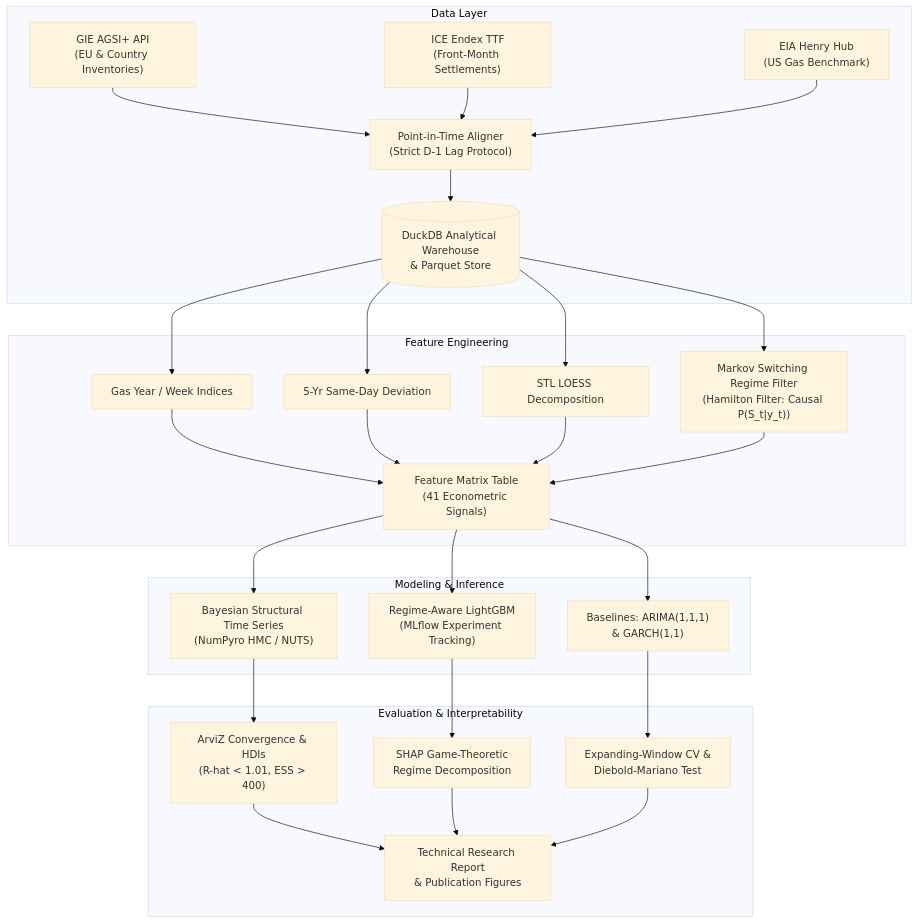
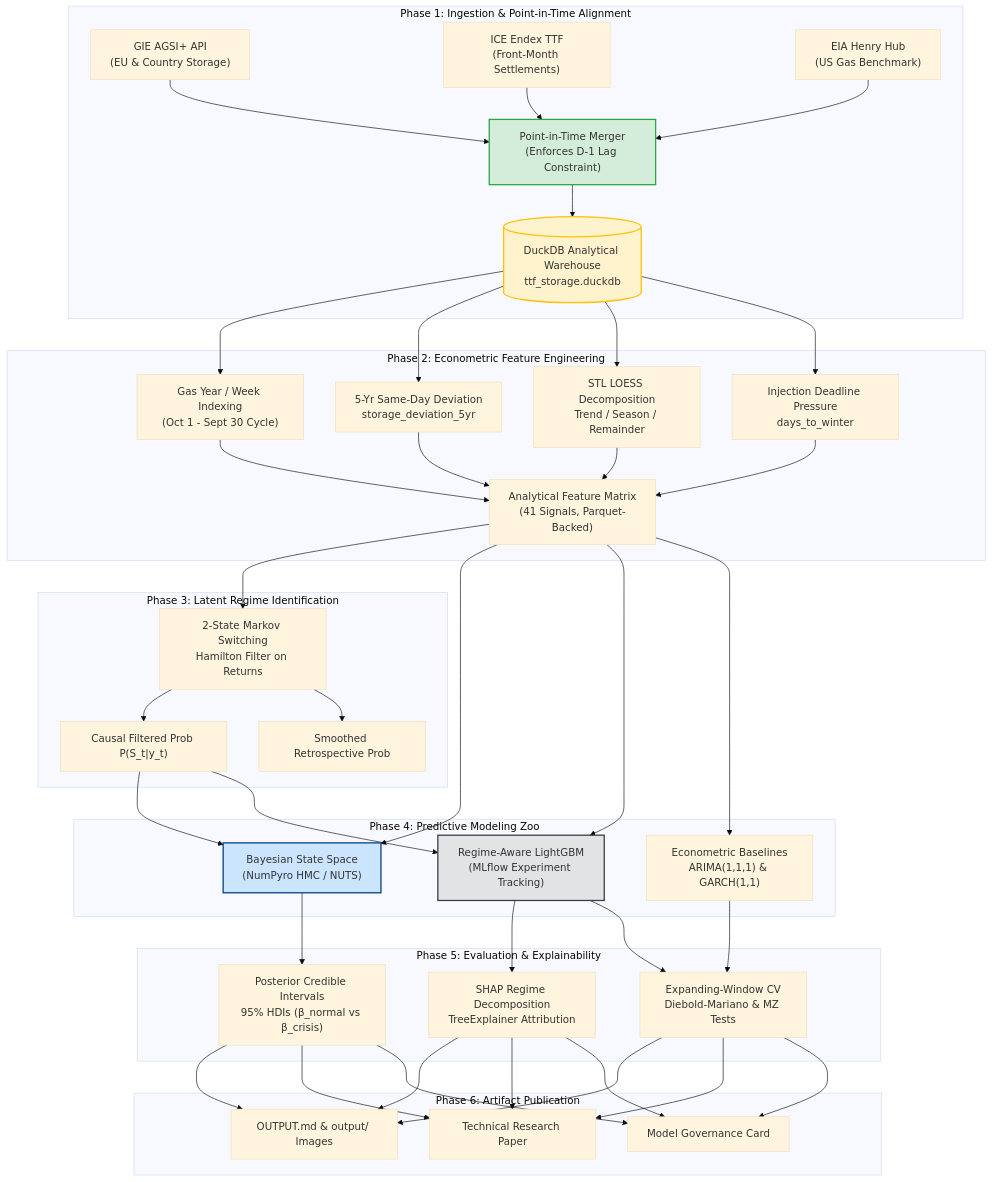
Before and after one commit to DGskywalker/tf-gas-storage-regimes: the diagram in README.md, drawn with Mermaid (base theme). The commit also changed other lines of this file and 11 other files, not shown here.

````diff
--- a/README.md
+++ b/README.md
@@ -25,30 +67,46 @@
 ```mermaid
-flowchart TD
-    subgraph Data Layer
-        A1["GIE AGSI+ API<br/>(EU & Country Inventories)"] --> B["Point-in-Time Aligner<br/>(Strict D-1 Lag Protocol)"]
+graph TD
+    subgraph "Phase 1: Ingestion & Point-in-Time Alignment"
+        A1["GIE AGSI+ API<br/>(EU & Country Storage)"] --> B["Point-in-Time Merger<br/>(Enforces D-1 Lag Constraint)"]
         A2["ICE Endex TTF<br/>(Front-Month Settlements)"] --> B
         A3["EIA Henry Hub<br/>(US Gas Benchmark)"] --> B
-        B --> C[("DuckDB Analytical Warehouse<br/>& Parquet Store")]
+        B --> C[("DuckDB Analytical Warehouse<br/>ttf_storage.duckdb")]
     end
 
-    subgraph Feature Engineering
-        C --> D1["Gas Year / Week Indices"]
-        C --> D2["5-Yr Same-Day Deviation"]
-        C --> D3["STL LOESS Decomposition"]
-        C --> D4["Markov Switching Regime Filter<br/>(Hamilton Filter: Causal P(S_t|y_t))"]
-        D1 & D2 & D3 & D4 --> E["Feature Matrix Table<br/>(41 Econometric Signals)"]
+    subgraph "Phase 2: Econometric Feature Engineering"
+        C --> D1["Gas Year / Week Indexing<br/>(Oct 1 - Sept 30 Cycle)"]
+        C --> D2["5-Yr Same-Day Deviation<br/>storage_deviation_5yr"]
+        C --> D3["STL LOESS Decomposition<br/>Trend / Season / Remainder"]
+        C --> D4["Injection Deadline Pressure<br/>days_to_winter"]
+        D1 & D2 & D3 & D4 --> E["Analytical Feature Matrix<br/>(41 Signals, Parquet-Backed)"]
     end
 
-    subgraph Modeling & Inference
-        E --> F1["Bayesian Structural Time Series<br/>(NumPyro HMC / NUTS)"]
-        E --> F2["Regime-Aware LightGBM<br/>(MLflow Experiment Tracking)"]
-        E --> F3["Baselines: ARIMA(1,1,1)<br/>& GARCH(1,1)"]
+    subgraph "Phase 3: Latent Regime Identification"
+        E --> F["2-State Markov Switching<br/>Hamilton Filter on Returns"]
+        F --> G1["Causal Filtered Prob P(S_t|y_t)"]
+        F --> G2["Smoothed Retrospective Prob"]
     end
 
-    subgraph Evaluation & Interpretability
-        F1 --> G1["ArviZ Convergence & HDIs<br/>(R-hat < 1.01, ESS > 400)"]
-        F2 --> G2["SHAP Game-Theoretic<br/>Regime Decomposition"]
-        F3 --> G3["Expanding-Window CV &<br/>Diebold-Mariano Test"]
-        G1 & G2 & G3 --> H["Technical Research Report<br/>& Publication Figures"]
+    subgraph "Phase 4: Predictive Modeling Zoo"
+        E & G1 --> H1["Bayesian State Space<br/>(NumPyro HMC / NUTS)"]
+        E & G1 --> H2["Regime-Aware LightGBM<br/>(MLflow Experiment Tracking)"]
+        E --> H3["Econometric Baselines<br/>ARIMA(1,1,1) & GARCH(1,1)"]
     end
+
+    subgraph "Phase 5: Evaluation & Explainability"
+        H1 --> I1["Posterior Credible Intervals<br/>95% HDIs (β_normal vs β_crisis)"]
+        H2 --> I2["SHAP Regime Decomposition<br/>TreeExplainer Attribution"]
+        H3 & H2 --> I3["Expanding-Window CV<br/>Diebold-Mariano & MZ Tests"]
+    end
+
+    subgraph "Phase 6: Artifact Publication"
+        I1 & I2 & I3 --> J1["OUTPUT.md & output/ Images"]
+        I1 & I2 & I3 --> J2["Technical Research Paper"]
+        I1 & I2 & I3 --> J3["Model Governance Card"]
+    end
+
+    style B fill:#d4edda,stroke:#28a745,stroke-width:2px
+    style C fill:#fff3cd,stroke:#ffc107,stroke-width:2px
+    style H1 fill:#cce5ff,stroke:#004085,stroke-width:2px
+    style H2 fill:#e2e3e5,stroke:#383d41,stroke-width:2px
 ```
````
